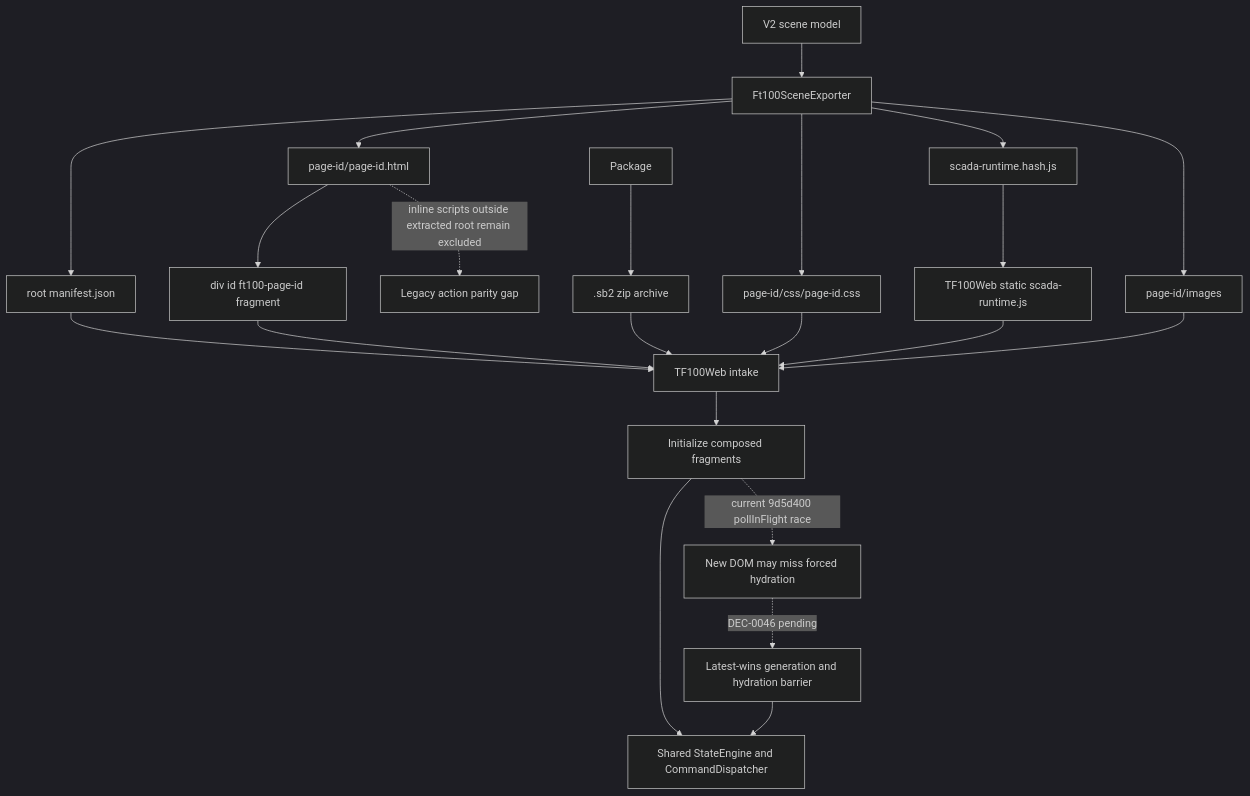
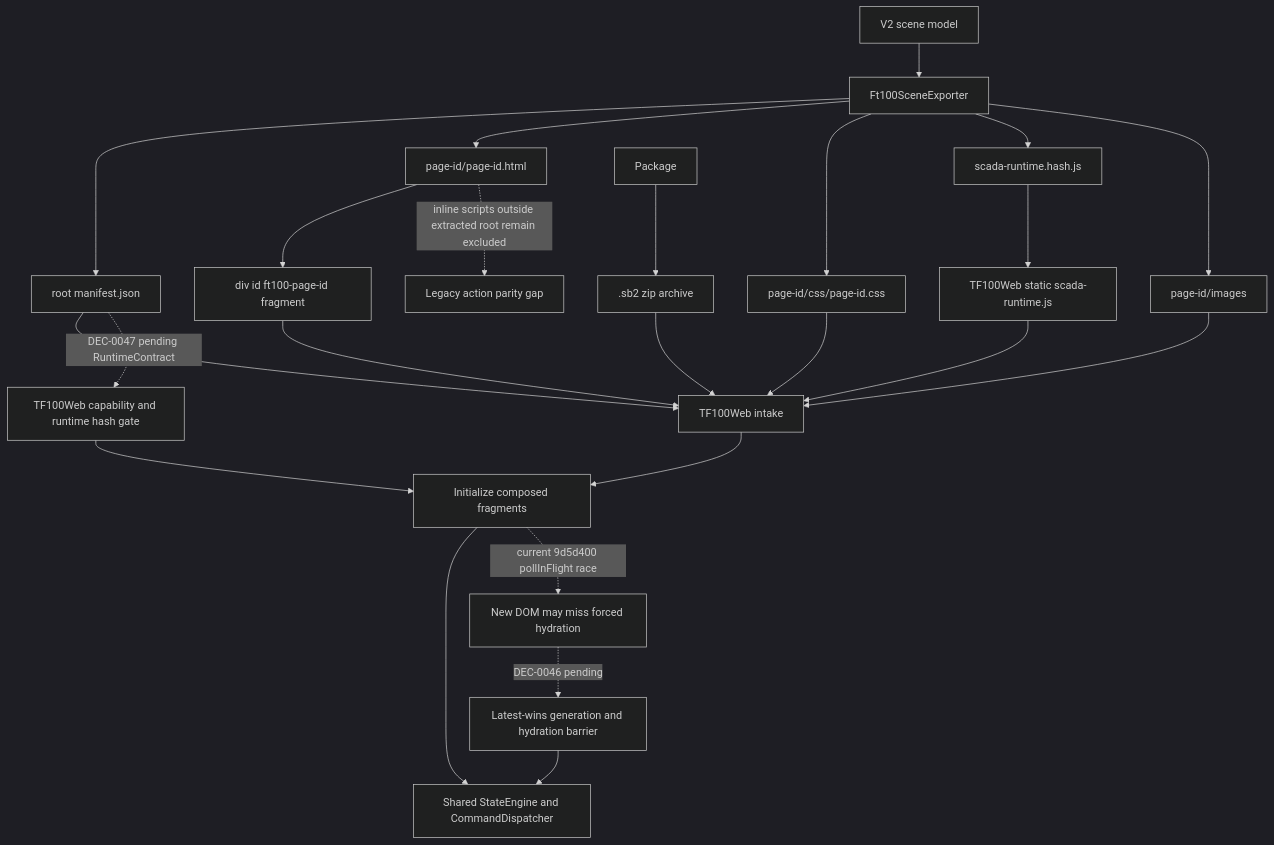
Before and after one commit to technologiesflorizon/scadabuilder: the diagram in docs/03_runtime_contracts/FT100_TF100WEB_PACKAGE_CONTRACT_V2.md, drawn with Mermaid (dark theme). The commit also changed other lines of this file and 11 other files, not shown here.

````diff
--- a/docs/03_runtime_contracts/FT100_TF100WEB_PACKAGE_CONTRACT_V2.md
+++ b/docs/03_runtime_contracts/FT100_TF100WEB_PACKAGE_CONTRACT_V2.md
@@ -235,24 +238,26 @@
 ```mermaid
 flowchart TD
   Scene[V2 scene model] --> Exporter[Ft100SceneExporter]
   Exporter --> RootManifest[root manifest.json]
   Exporter --> PageHtml[page-id/page-id.html]
   Exporter --> PageCss[page-id/css/page-id.css]
   Exporter --> Runtime[scada-runtime.hash.js]
   Exporter --> Assets[page-id/images]
   RootManifest --> TF100Web[TF100Web intake]
   PageHtml --> RootFragment[div id ft100-page-id fragment]
   RootFragment --> TF100Web
   PageCss --> TF100Web
   Assets --> TF100Web
   Package --> Sb2[.sb2 zip archive]
   Sb2 --> TF100Web
   Runtime --> DeployRuntime[TF100Web static scada-runtime.js]
   DeployRuntime --> TF100Web
   TF100Web --> Init[Initialize composed fragments]
   Init --> StateCommand[Shared StateEngine and CommandDispatcher]
   Init -. current 9d5d400 pollInFlight race .-> HydrationGap[New DOM may miss forced hydration]
   HydrationGap -. DEC-0046 pending .-> NavigationEpoch[Latest-wins generation and hydration barrier]
   NavigationEpoch --> StateCommand
+  RootManifest -. DEC-0047 pending RuntimeContract .-> CapabilityGate[TF100Web capability and runtime hash gate]
+  CapabilityGate --> Init
   PageHtml -. inline scripts outside extracted root remain excluded .-> Gap[Legacy action parity gap]
 ```
````
